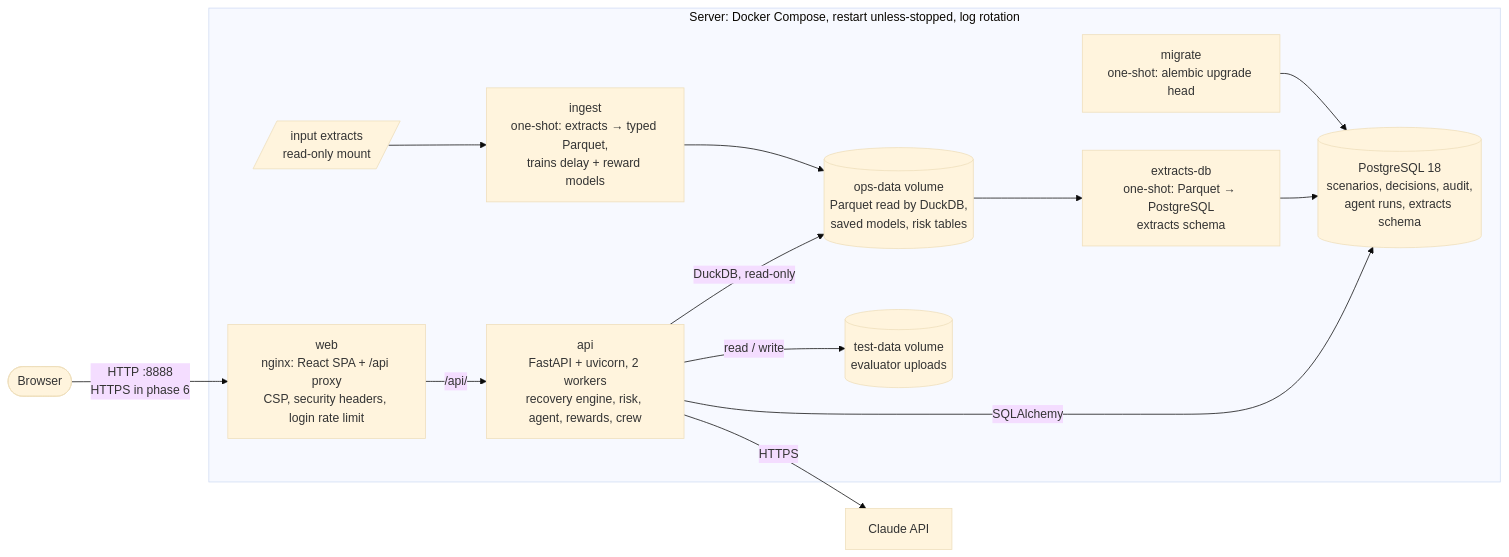
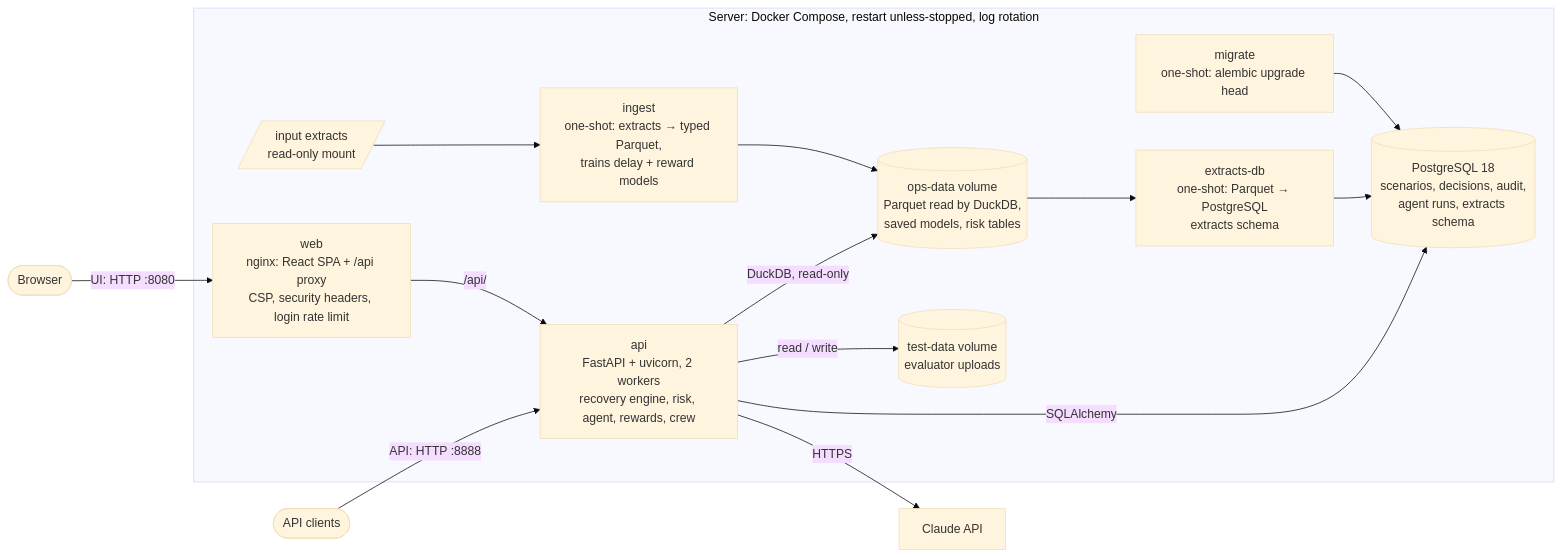
Before and after one commit to bimsarav/Hackathon-606: the diagram in products/disruption-advisor/source/disruption-advisor/docs/architecture/diagrams/current/c02.mmd, drawn with Mermaid (base theme). The commit also changed 23 other files, not shown here.

```diff
--- a/products/disruption-advisor/source/disruption-advisor/docs/architecture/diagrams/current/c02.mmd
+++ b/products/disruption-advisor/source/disruption-advisor/docs/architecture/diagrams/current/c02.mmd
@@ -1,23 +1,24 @@
 flowchart LR
-  browser([Browser]) -->|HTTP :8888<br/>HTTPS in phase 6| web
+  browser([Browser]) -->|UI: HTTP :8080| web
+  client([API clients]) -->|API: HTTP :8888| api
   subgraph host [Server: Docker Compose, restart unless-stopped, log rotation]
     web[web<br/>nginx: React SPA + /api proxy<br/>CSP, security headers, login rate limit]
     api[api<br/>FastAPI + uvicorn, 2 workers<br/>recovery engine, risk, agent, rewards, crew]
     migrate[migrate<br/>one-shot: alembic upgrade head]
     ingest[ingest<br/>one-shot: extracts → typed Parquet,<br/>trains delay + reward models]
     xdb[extracts-db<br/>one-shot: Parquet → PostgreSQL<br/>extracts schema]
     db[(PostgreSQL 18<br/>scenarios, decisions, audit,<br/>agent runs, extracts schema)]
     ops[(ops-data volume<br/>Parquet read by DuckDB,<br/>saved models, risk tables)]
     test[(test-data volume<br/>evaluator uploads)]
     input[/input extracts<br/>read-only mount/]
   end
   web -->|/api/| api
   api -->|SQLAlchemy| db
   api -->|DuckDB, read-only| ops
   api -->|read / write| test
   input --> ingest
   ingest --> ops
   ops --> xdb
   xdb --> db
   migrate --> db
   api -->|HTTPS| claude[Claude API]
```
